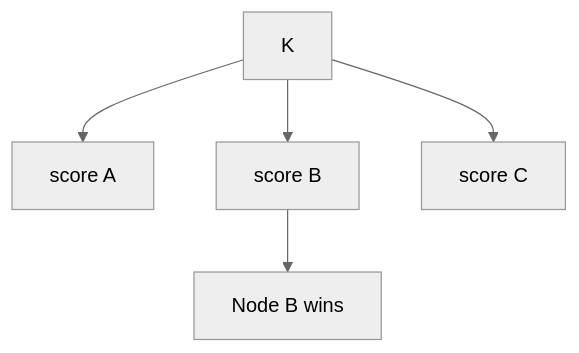
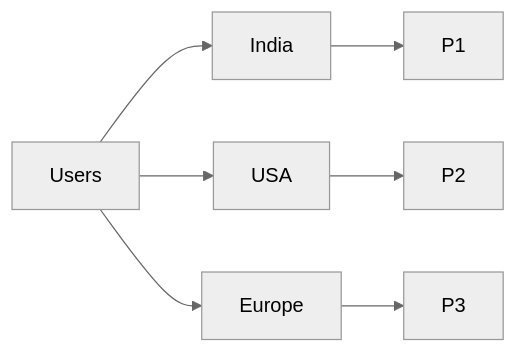
Diagram 11 of 44 in 05-distributed-databases/README.md (hareramcse/SystemDesign), drawn with Mermaid (neutral theme) before and after one commit. The commit also changed other lines of this file, not shown here.

````diff
--- a/05-distributed-databases/README.md
+++ b/05-distributed-databases/README.md
@@ -924,7 +888,9 @@
 ```mermaid
-flowchart TB
-    Key[K] --> W1[score A]
-    Key --> W2[score B]
-    Key --> W3[score C]
-    W2 --> Winner[Node B wins]
+flowchart LR
+    Users[Users] --> India[India]
+    Users --> USA[USA]
+    Users --> Europe[Europe]
+    India --> P1[P1]
+    USA --> P2[P2]
+    Europe --> P3[P3]
 ```
````
